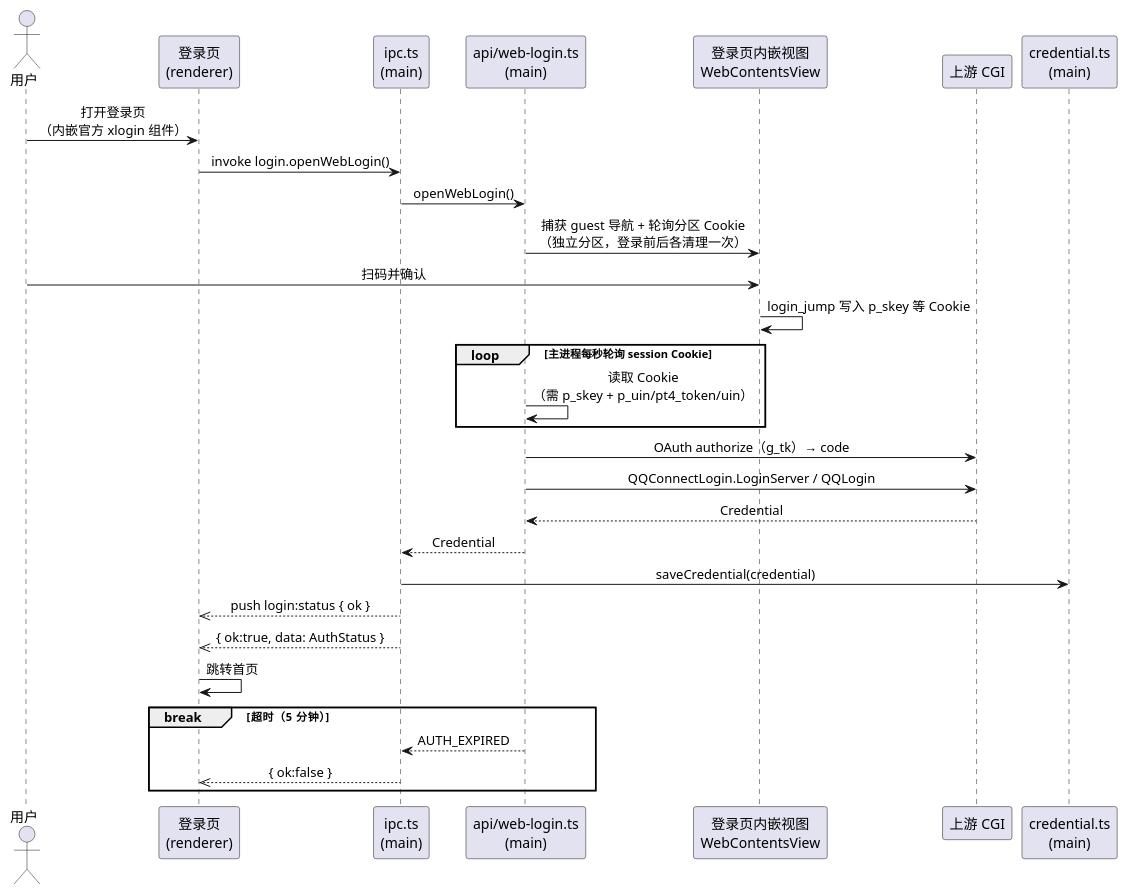
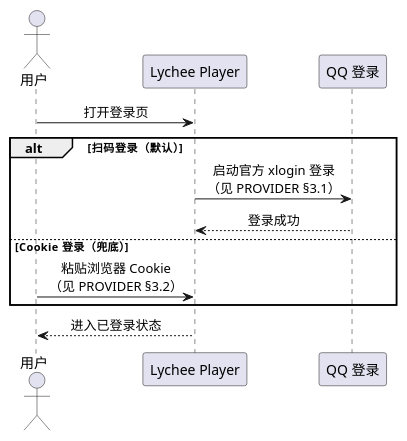
Before and after one commit to 54m43lJ/LycheePlayer: the diagram in diagram/seq-login.puml, drawn with PlantUML. The commit also changed 21 other files, not shown here.

```diff
--- a/diagram/seq-login.puml
+++ b/diagram/seq-login.puml
@@ -1,37 +1,17 @@
 @startuml seq-login
 skinparam shadowing false
 skinparam defaultTextAlignment center
 
 actor 用户 as U
-participant "登录页\n(renderer)" as UI
-participant "ipc.ts\n(main)" as IPC
-participant "api/web-login.ts\n(main)" as WL
-participant "登录页内嵌视图\nWebContentsView" as XW
-participant "上游 CGI" as UP
-participant "credential.ts\n(main)" as CR
+participant "Lychee Player" as APP
+participant "QQ 登录" as QQ
 
-U -> UI : 打开登录页\n（内嵌官方 xlogin 组件）
-UI -> IPC : invoke login.openWebLogin()
-IPC -> WL : openWebLogin()
-WL -> XW : 捕获 guest 导航 + 轮询分区 Cookie\n（独立分区，登录前后各清理一次）
-U -> XW : 扫码并确认
-XW -> XW : login_jump 写入 p_skey 等 Cookie
-
-loop 主进程每秒轮询 session Cookie
-  WL -> WL : 读取 Cookie\n（需 p_skey + p_uin/pt4_token/uin）
+U -> APP : 打开登录页
+alt 扫码登录（默认）
+  APP -> QQ : 启动官方 xlogin 登录\n（见 PROVIDER §3.1）
+  QQ --> APP : 登录成功
+else Cookie 登录（兜底）
+  U -> APP : 粘贴浏览器 Cookie\n（见 PROVIDER §3.2）
 end
-
-WL -> UP : OAuth authorize（g_tk）→ code
-WL -> UP : QQConnectLogin.LoginServer / QQLogin
-UP --> WL : Credential
-WL --> IPC : Credential
-IPC -> CR : saveCredential(credential)
-IPC -->> UI : push login:status { ok }
-IPC -->> UI : { ok:true, data: AuthStatus }
-UI -> UI : 跳转首页
-
-break 超时（5 分钟）
-  WL --> IPC : AUTH_EXPIRED
-  IPC -->> UI : { ok:false }
-end
+APP --> U : 进入已登录状态
 @enduml
```
